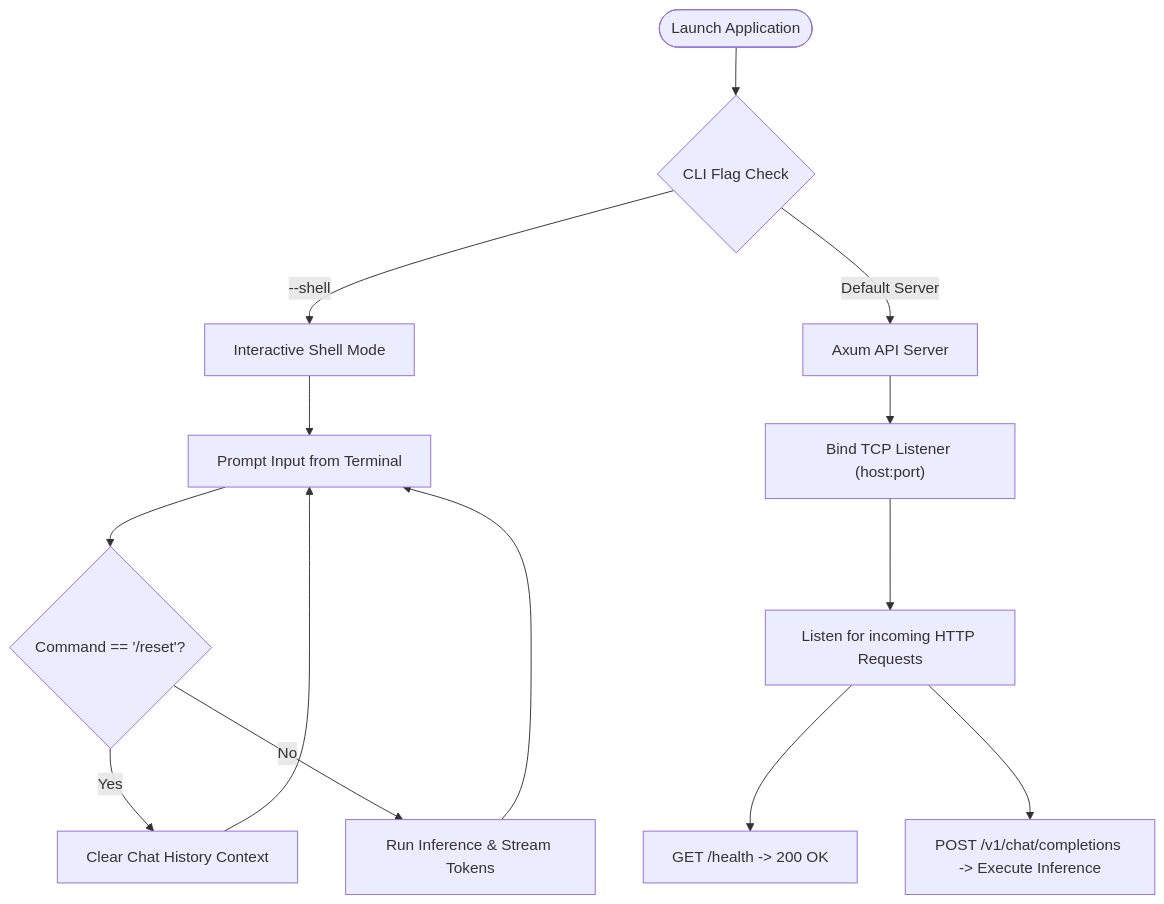
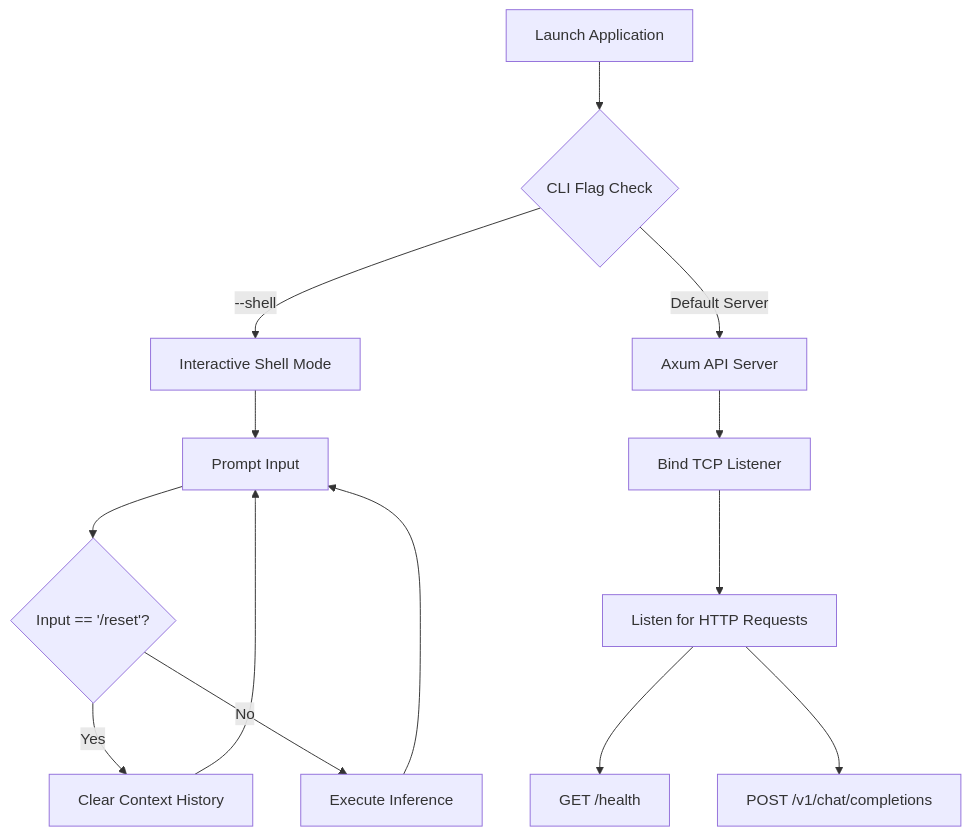
Before and after one commit to Ammar-Alnagar/mini-sglang-rs: the fourth of 4 diagrams in README.md, drawn with Mermaid. The commit also changed other lines of this file and 4 other files, not shown here.

First line of the commit message:
Update documentation and system diagrams (#4)

````diff
--- a/README.md
+++ b/README.md
@@ -191,18 +202,18 @@
 ```mermaid
 flowchart TD
-    Start(["Launch Application"]) --> CheckMode{"CLI Flag Check"}
+    Start["Launch Application"] --> CheckMode{"CLI Flag Check"}
     
     CheckMode -->|"--shell"| Interactive["Interactive Shell Mode"]
-    Interactive --> UserInput["Prompt Input from Terminal"]
-    UserInput --> ResetCheck{"Command == '/reset'?"}
-    ResetCheck -->|Yes| ClearHistory["Clear Chat History Context"]
-    ResetCheck -->|No| EngineInference["Run Inference & Stream Tokens"]
+    Interactive --> UserInput["Prompt Input"]
+    UserInput --> ResetCheck{"Input == '/reset'?"}
+    ResetCheck -->|Yes| ClearHistory["Clear Context History"]
+    ResetCheck -->|No| EngineInference["Execute Inference"]
     EngineInference --> UserInput
     ClearHistory --> UserInput
 
     CheckMode -->|"Default Server"| APIServer["Axum API Server"]
-    APIServer --> Bind["Bind TCP Listener (host:port)"]
-    Bind --> Listen["Listen for incoming HTTP Requests"]
-    Listen --> RouteHealth["GET /health -> 200 OK"]
-    Listen --> RouteChat["POST /v1/chat/completions -> Execute Inference"]
+    APIServer --> Bind["Bind TCP Listener"]
+    Bind --> Listen["Listen for HTTP Requests"]
+    Listen --> RouteHealth["GET /health"]
+    Listen --> RouteChat["POST /v1/chat/completions"]
 ```
````
